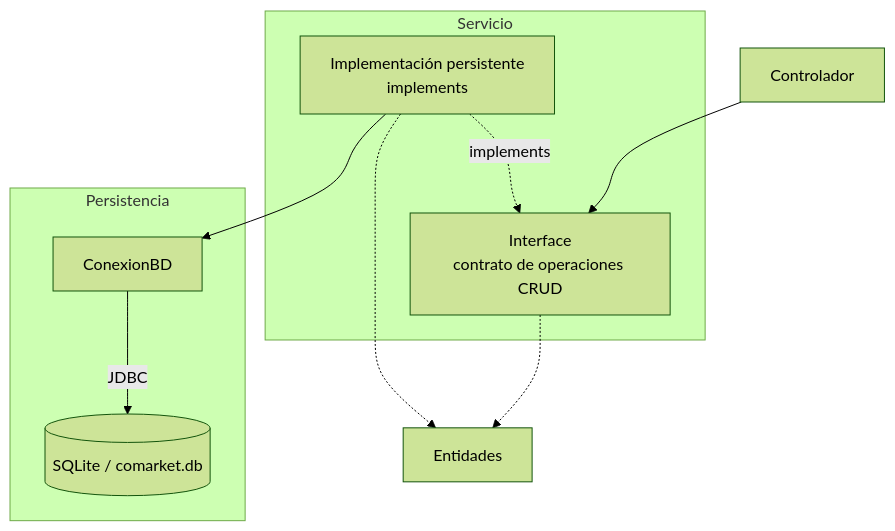
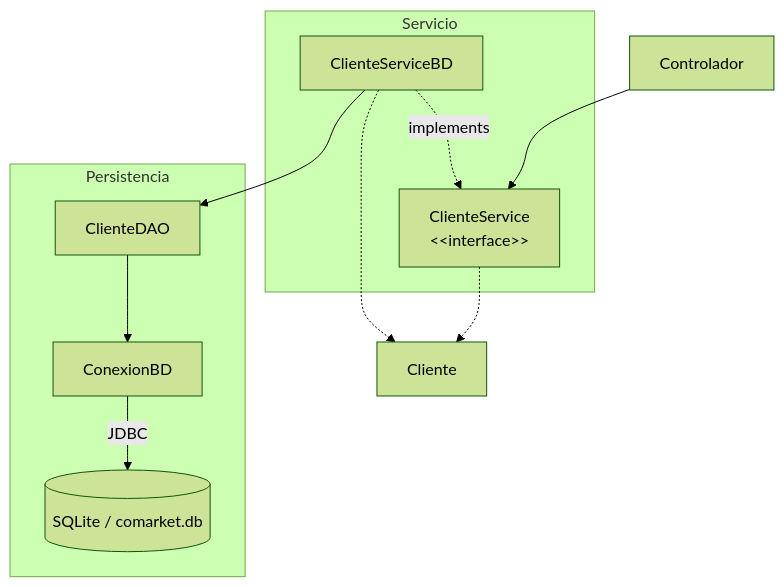
Before and after one commit to 262poo/comarket: the diagram in docs/S09_Arquitectura_Persistencia.md, drawn with Mermaid (forest theme). The commit also changed other lines of this file and 9 other files, not shown here.

````diff
--- a/docs/S09_Arquitectura_Persistencia.md
+++ b/docs/S09_Arquitectura_Persistencia.md
@@ -52,21 +52,23 @@
 ```mermaid
 flowchart TB
     Controlador["Controlador"]
     subgraph Servicio["Servicio"]
-        Contrato["Interface<br/>contrato de operaciones CRUD"]
-        Implementacion["Implementación persistente<br/>implements"]
+        Contrato["ClienteService<br/>&lt;&lt;interface&gt;&gt;"]
+        Implementacion["ClienteServiceBD"]
     end
 
-    Entidades["Entidades"]
+    Entidades["Cliente"]
     subgraph Persistencia["Persistencia"]
+        DAO["ClienteDAO"]
         Conexion["ConexionBD"]
         SQLite[("SQLite / comarket.db")]
     end
 
     Controlador --> Contrato
     Implementacion -. implements .-> Contrato
     Contrato -.-> Entidades
     Implementacion -.-> Entidades
-    Implementacion --> Conexion
+    Implementacion --> DAO
+    DAO --> Conexion
     Conexion -->|"JDBC"| SQLite
 ```
````
